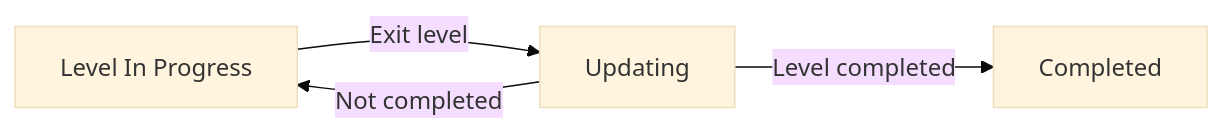
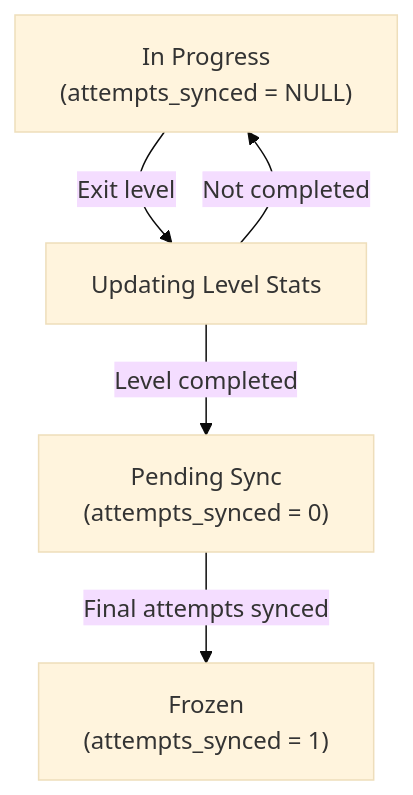
Before and after one commit to LeviTemoteo/gd-Pipeline: the third of 3 diagrams in docs/architecture.md, drawn with Mermaid (base theme). The commit also changed other lines of this file, not shown here.

Commit message:
Revise architecture documentation for state diagram
Updated state diagram and clarified level completion process.

````diff
--- a/docs/architecture.md
+++ b/docs/architecture.md
@@ -92,6 +92,12 @@
 ```mermaid
-flowchart LR
-    InProgress["Level In Progress"] -->|Exit level| Updating["Updating"]
+flowchart TD
+    InProgress["In Progress\n(attempts_synced = NULL)"]
+    Updating["Updating Level Stats"]
+    PendingSync["Pending Sync\n(attempts_synced = 0)"]
+    Frozen["Frozen\n(attempts_synced = 1)"]
+
+    InProgress -->|Exit level| Updating
     Updating -->|Not completed| InProgress
-    Updating -->|Level completed| Completed["Completed"]
+    Updating -->|Level completed| PendingSync
+    PendingSync -->|Final attempts synced| Frozen
 ```
````
